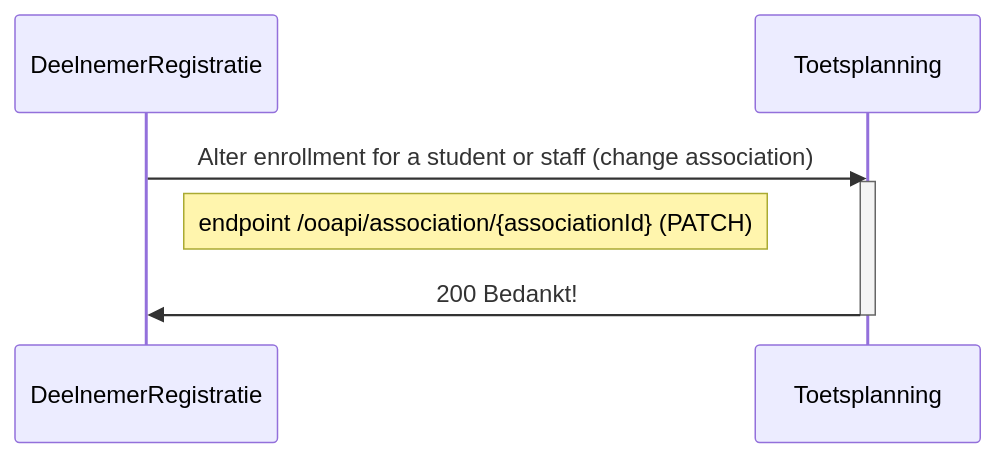
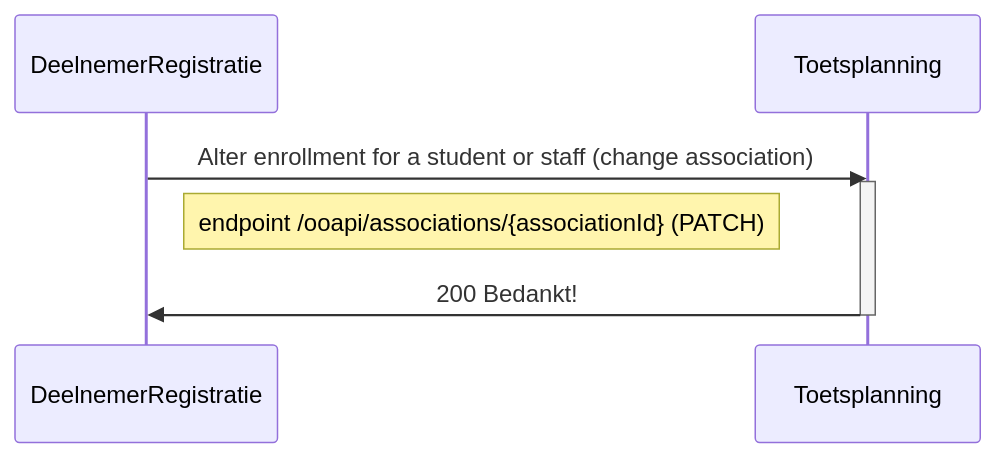
One commit to NetwerkExamineringDigitalisering/NED-OOAPI changed the second of 14 diagrams in doc/flow1.md. Above: the diagram before and after it, drawn with Mermaid. The commit also changed other lines of this file, not shown here.

Commit message:
update endpoint names (plural)

````diff
--- a/doc/flow1.md
+++ b/doc/flow1.md
@@ -104,11 +104,11 @@
 ```mermaid
 sequenceDiagram
     participant DeelnemerRegistratie
     participant Toetsplanning
     DeelnemerRegistratie->>Toetsplanning: Alter enrollment for a student or staff (change association)
     activate Toetsplanning
-    Note right of DeelnemerRegistratie: endpoint /ooapi/association/{associationId} (PATCH)
+    Note right of DeelnemerRegistratie: endpoint /ooapi/associations/{associationId} (PATCH)
     Toetsplanning->>DeelnemerRegistratie: 200 Bedankt!
     deactivate Toetsplanning
 
 ```
````
